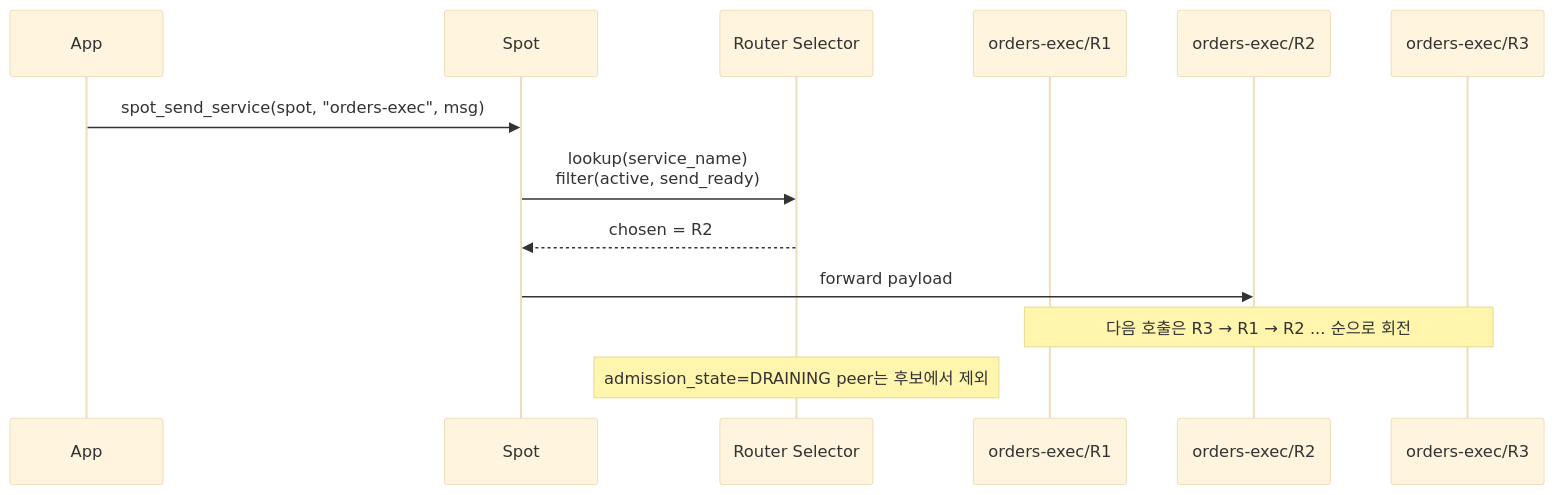
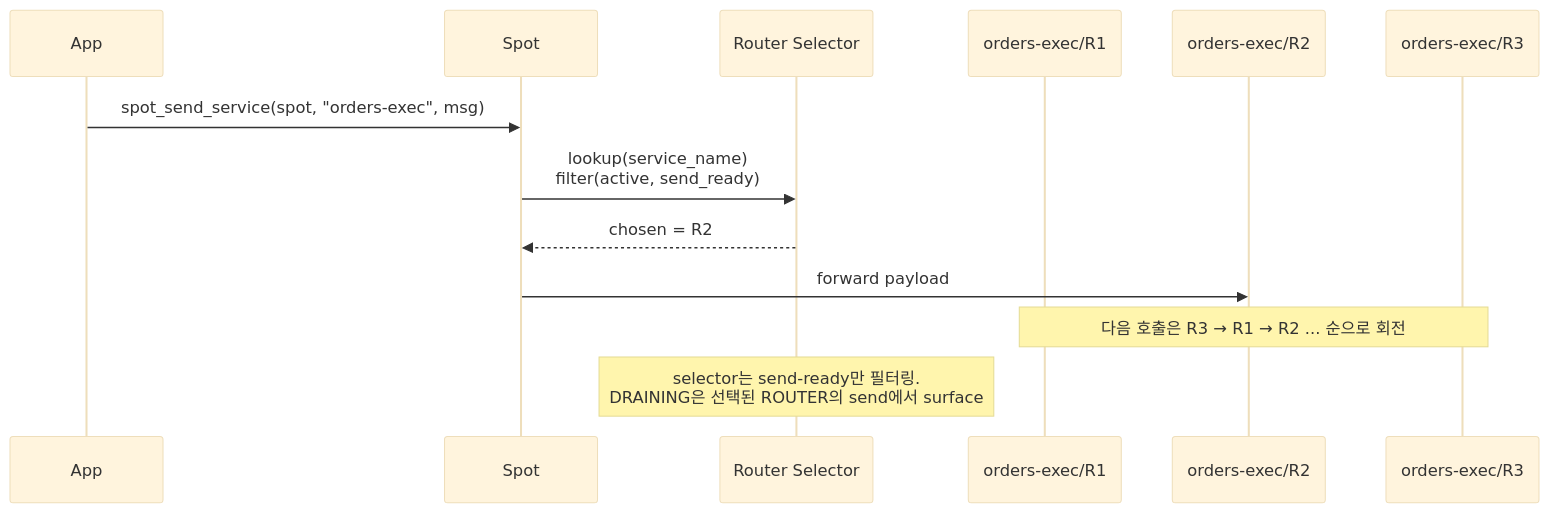
The fifth of 13 diagrams in doc/guide/07-3-spot.ko.md (kairos-code-dev/zlink), drawn with Mermaid (base theme) before and after one commit. The commit also changed other lines of this file and 376 other files, not shown here.

````diff
--- a/doc/guide/07-3-spot.ko.md
+++ b/doc/guide/07-3-spot.ko.md
@@ -524,16 +524,16 @@
 ```mermaid
 sequenceDiagram
     participant App
     participant Spot
     participant Sel as Router Selector
     participant R1 as orders-exec/R1
     participant R2 as orders-exec/R2
     participant R3 as orders-exec/R3
 
     App->>Spot: spot_send_service(spot, "orders-exec", msg)
     Spot->>Sel: lookup(service_name)<br/>filter(active, send_ready)
     Sel-->>Spot: chosen = R2
     Spot->>R2: forward payload
     Note over R1,R3: 다음 호출은 R3 → R1 → R2 ... 순으로 회전
-    Note over Sel: admission_state=DRAINING peer는 후보에서 제외
+    Note over Sel: selector는 send-ready만 필터링.<br/>DRAINING은 선택된 ROUTER의 send에서 surface
 ```
````
